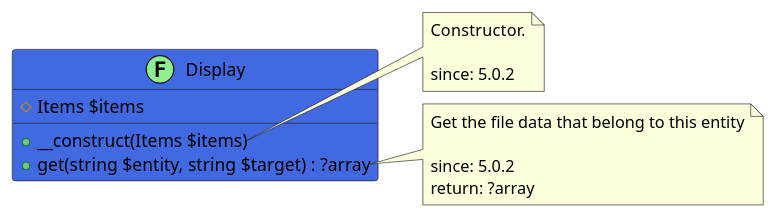
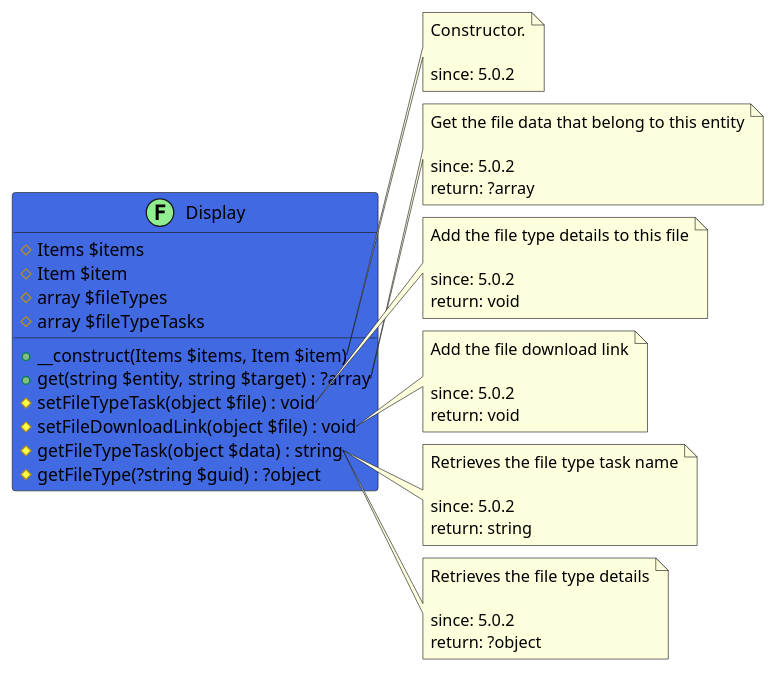
The diagram in src/d46c4667-378b-49e8-9782-ffb28d92415a/README.md (joomengine/super-powers), drawn with PlantUML before and after one commit. The commit also changed 3 other files, not shown here.

````diff
--- a/src/d46c4667-378b-49e8-9782-ffb28d92415a/README.md
+++ b/src/d46c4667-378b-49e8-9782-ffb28d92415a/README.md
@@ -12,23 +12,58 @@
 ```uml
 @startuml
 class Display << (F,LightGreen) >> #RoyalBlue {
   # Items $items
-  + __construct(Items $items)
+  # Item $item
+  # array $fileTypes
+  # array $fileTypeTasks
+  + __construct(Items $items, Item $item)
   + get(string $entity, string $target) : ?array
+  # setFileTypeTask(object $file) : void
+  # setFileDownloadLink(object $file) : void
+  # getFileTypeTask(object $data) : string
+  # getFileType(?string $guid) : ?object
 }
 
 note right of Display::__construct
   Constructor.
 
   since: 5.0.2
 end note
 
 note right of Display::get
   Get the file data that belong to this entity
 
   since: 5.0.2
   return: ?array
 end note
+
+note right of Display::setFileTypeTask
+  Add the file type details to this file
+
+  since: 5.0.2
+  return: void
+end note
+
+note right of Display::setFileDownloadLink
+  Add the file download link
+
+  since: 5.0.2
+  return: void
+end note
+
+note right of Display::getFileTypeTask
+  Retrieves the file type task name
+
+  since: 5.0.2
+  return: string
+end note
+
+note right of Display::getFileType
+  Retrieves the file type details
+
+  since: 5.0.2
+  return: ?object
+end note
  
 @enduml
 ```
````
